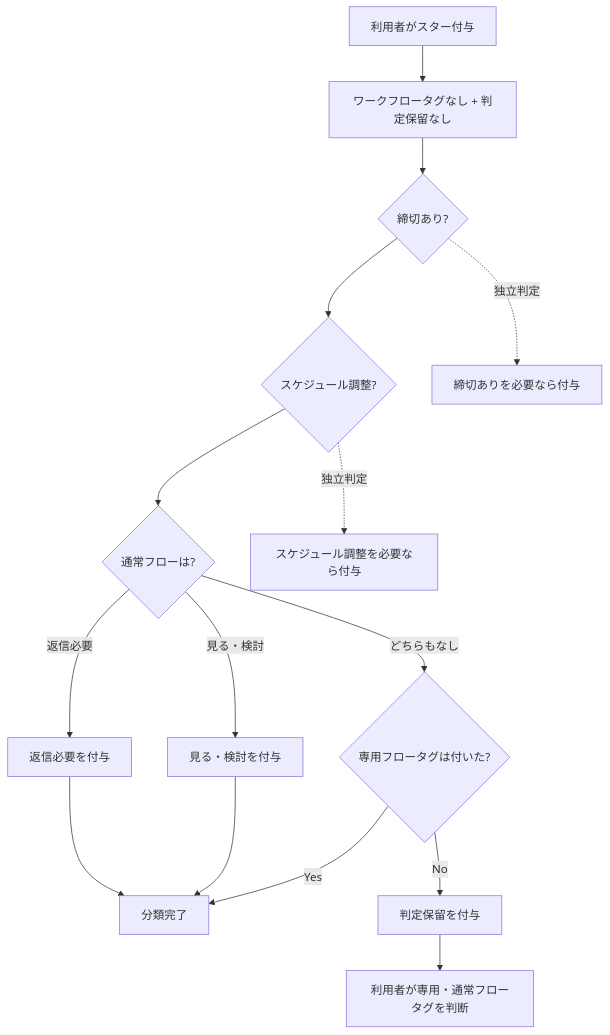
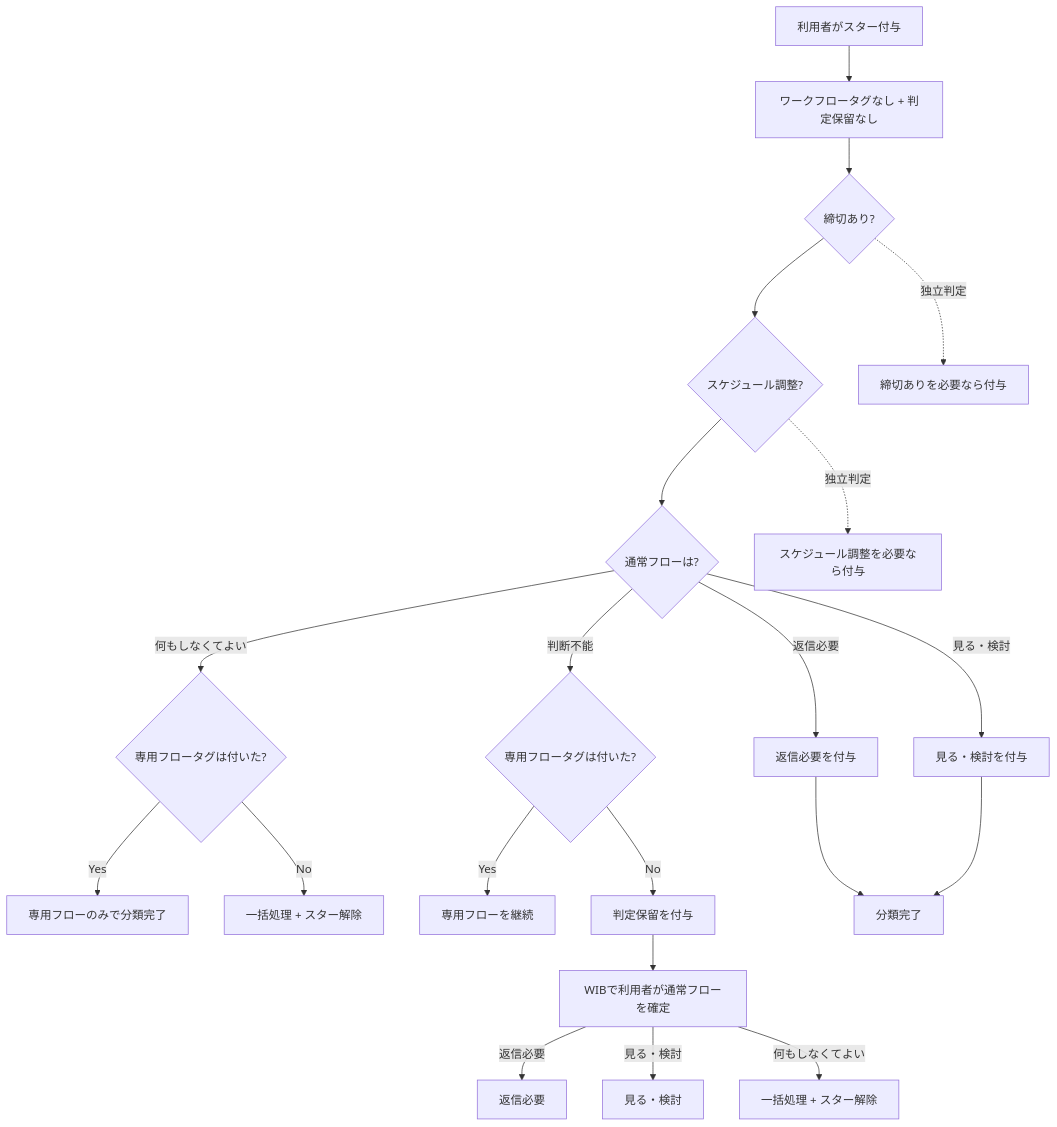
One commit to a3suger/WorkInBox changed the first of 3 diagrams in docs/design_workflow.md. Above: the diagram before and after it, drawn with Mermaid. The commit also changed other lines of this file, not shown here.

````diff
--- a/docs/design_workflow.md
+++ b/docs/design_workflow.md
@@ -617,17 +631,23 @@
 ```mermaid
 flowchart TD
     A[利用者がスター付与] --> B[ワークフロータグなし + 判定保留なし]
     B --> C{締切あり?}
     C --> D{スケジュール調整?}
     D --> E{通常フローは?}
     E -->|返信必要| F[返信必要を付与]
     E -->|見る・検討| G[見る・検討を付与]
-    E -->|どちらもなし| H{専用フロータグは付いた?}
-    C -.独立判定.-> I[締切ありを必要なら付与]
-    D -.独立判定.-> J[スケジュール調整を必要なら付与]
-    H -->|Yes| K[分類完了]
-    H -->|No| L[判定保留を付与]
-    F --> K
-    G --> K
-    L --> M[利用者が専用・通常フロータグを判断]
+    E -->|何もしなくてよい| H{専用フロータグは付いた?}
+    E -->|判断不能| I{専用フロータグは付いた?}
+    C -.独立判定.-> J[締切ありを必要なら付与]
+    D -.独立判定.-> K[スケジュール調整を必要なら付与]
+    H -->|Yes| L[専用フローのみで分類完了]
+    H -->|No| M[一括処理 + スター解除]
+    I -->|Yes| N[専用フローを継続]
+    I -->|No| O[判定保留を付与]
+    F --> P[分類完了]
+    G --> P
+    O --> Q[WIBで利用者が通常フローを確定]
+    Q -->|返信必要| R[返信必要]
+    Q -->|見る・検討| S[見る・検討]
+    Q -->|何もしなくてよい| T[一括処理 + スター解除]
 ```
````
